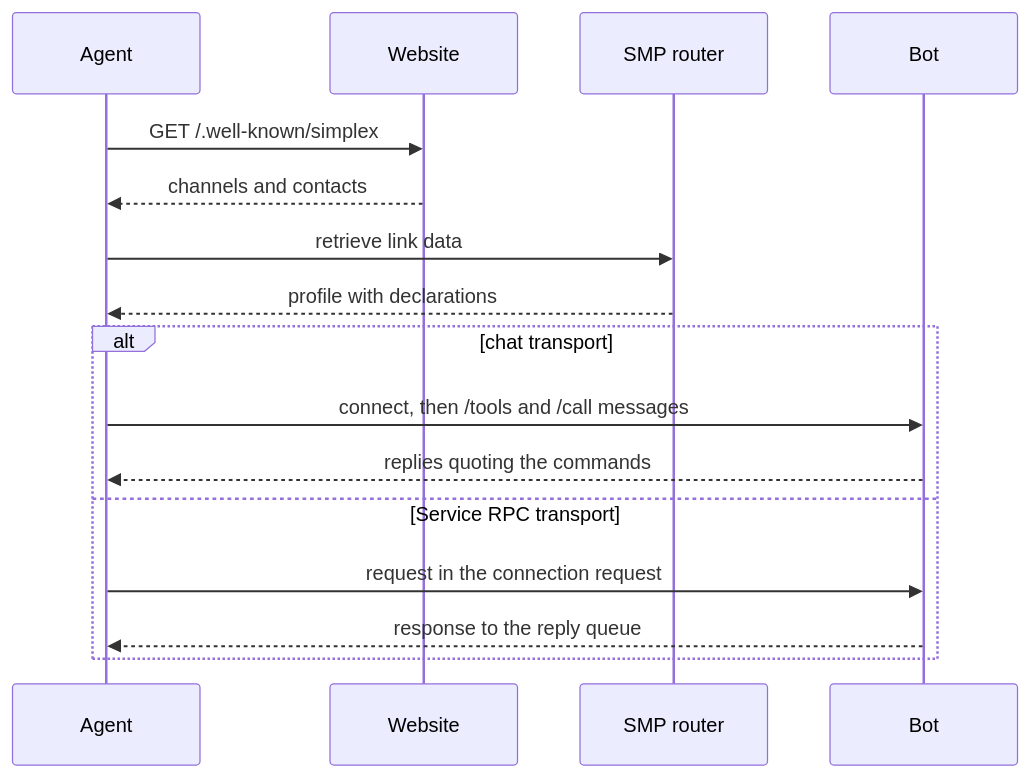
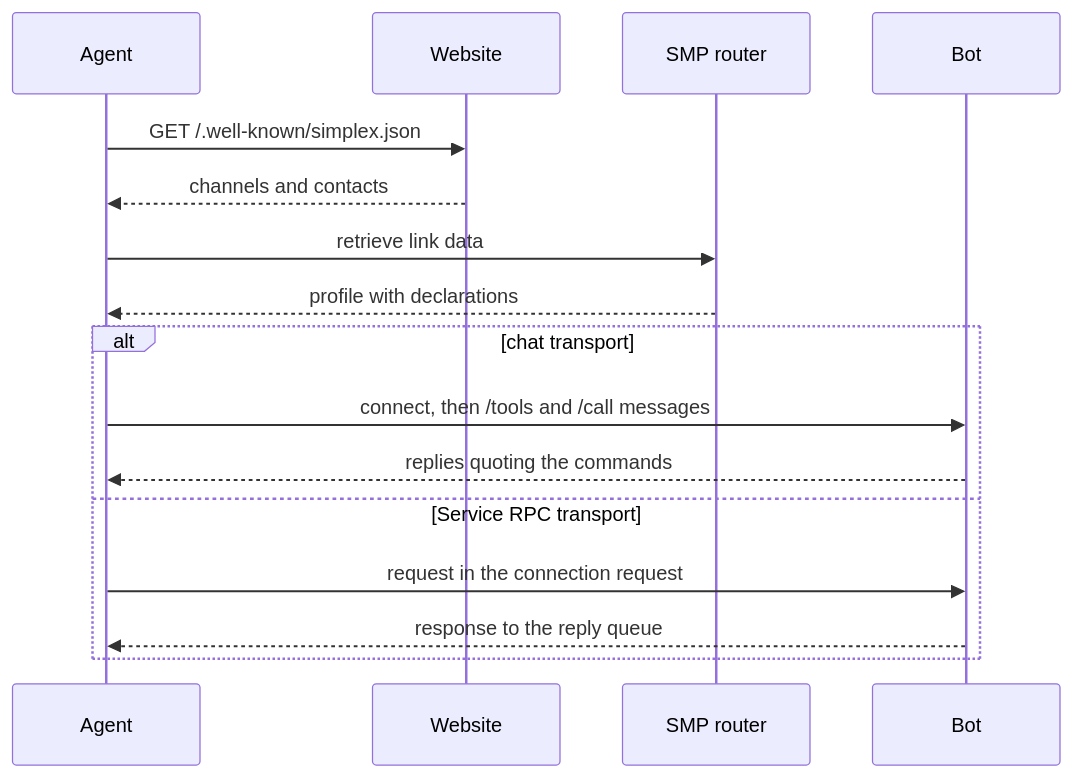
The diagram in docs/protocol/agent-protocols.md (simplex-chat/simplex-chat), drawn with Mermaid before and after one commit. The commit also changed other lines of this file and 1 other file, not shown here.

````diff
--- a/docs/protocol/agent-protocols.md
+++ b/docs/protocol/agent-protocols.md
@@ -62,19 +62,19 @@
 ```mermaid
 sequenceDiagram
     participant A as Agent
     participant W as Website
     participant R as SMP router
     participant B as Bot
 
-    A->>W: GET /.well-known/simplex
+    A->>W: GET /.well-known/simplex.json
     W-->>A: channels and contacts
     A->>R: retrieve link data
     R-->>A: profile with declarations
     alt chat transport
         A->>B: connect, then /tools and /call messages
         B-->>A: replies quoting the commands
     else Service RPC transport
         A->>B: request in the connection request
         B-->>A: response to the reply queue
     end
 ```
````
